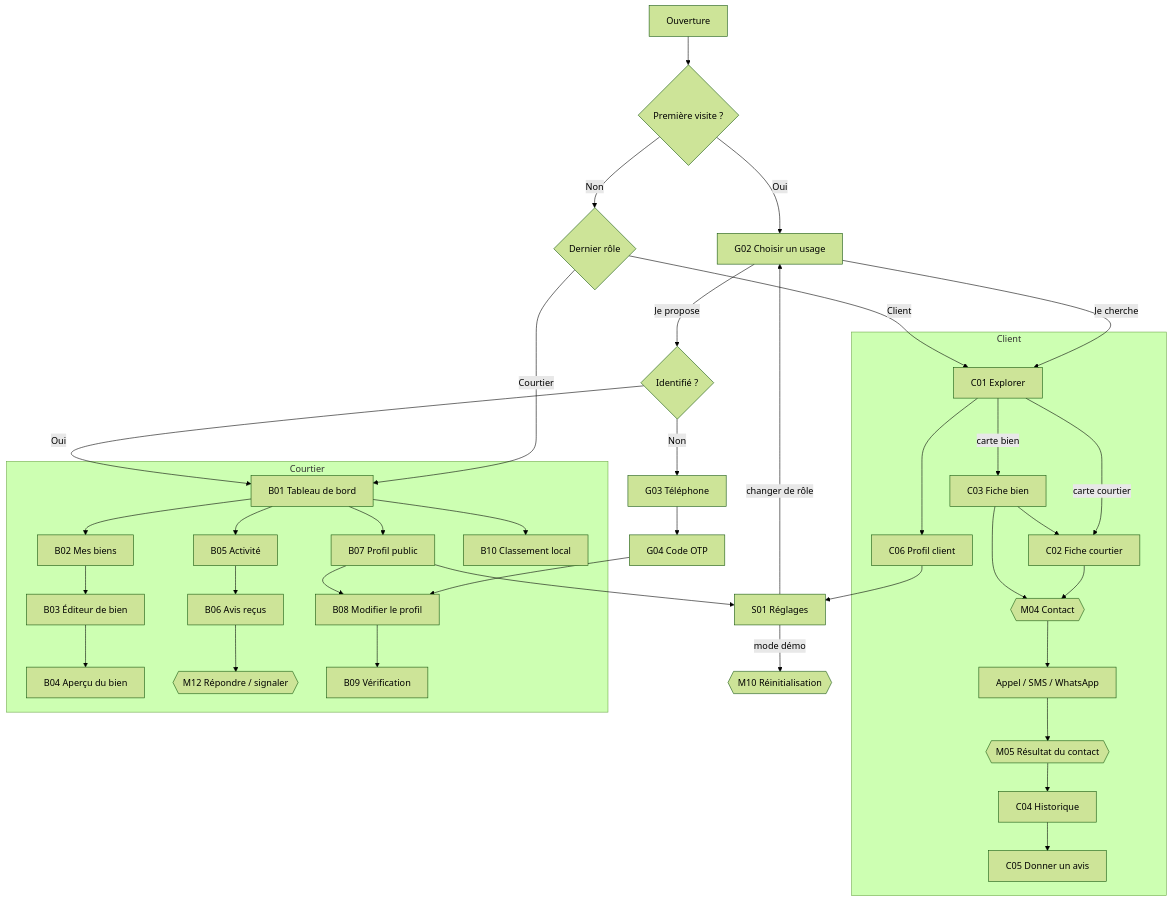
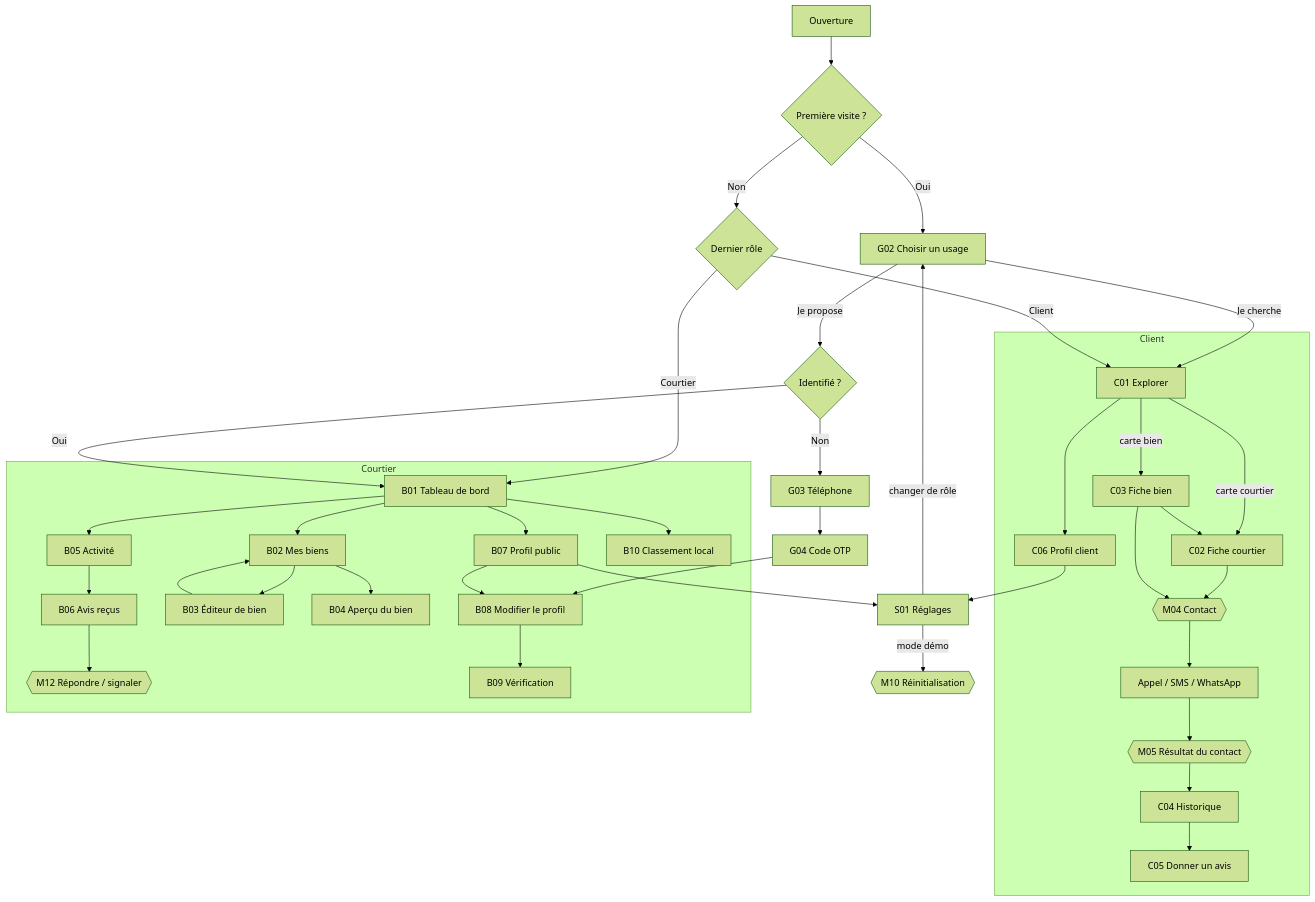
One commit to traorecheikh/woutalma-keur changed the first of 5 diagrams in docs/UX-FLOWS.md. Above: the diagram before and after it, drawn with Mermaid (forest theme). The commit also changed other lines of this file and 56 other files, not shown here.

````diff
--- a/docs/UX-FLOWS.md
+++ b/docs/UX-FLOWS.md
@@ -61,43 +61,44 @@
 ```mermaid
 flowchart TD
   A[Ouverture] --> B{Première visite ?}
   B -- Oui --> G02[G02 Choisir un usage]
   B -- Non --> R{Dernier rôle}
   G02 -- Je cherche --> C01[C01 Explorer]
   G02 -- Je propose --> AUTH{Identifié ?}
   R -- Client --> C01
   R -- Courtier --> B01[B01 Tableau de bord]
   AUTH -- Non --> G03[G03 Téléphone] --> G04[G04 Code OTP] --> B08[B08 Créer le profil]
   AUTH -- Oui --> B01
 
   subgraph Client
     C01 -->|carte courtier| C02[C02 Fiche courtier]
     C01 -->|carte bien| C03[C03 Fiche bien]
     C03 --> C02
     C02 --> CONTACT{{M04 Contact}}
     C03 --> CONTACT
     CONTACT --> EXT[Appel / SMS / WhatsApp]
     EXT --> M05{{M05 Résultat du contact}}
     M05 --> C04[C04 Historique]
     C04 --> C05[C05 Donner un avis]
     C01 --> C06[C06 Profil client]
   end
 
   subgraph Courtier
     B01 --> B02[B02 Mes biens]
     B02 --> B03[B03 Éditeur de bien]
-    B03 --> B04[B04 Aperçu du bien]
+    B03 --> B02
+    B02 --> B04[B04 Aperçu du bien]
     B01 --> B05[B05 Activité]
     B05 --> B06[B06 Avis reçus]
     B06 --> M12{{M12 Répondre / signaler}}
     B01 --> B07[B07 Profil public]
     B07 --> B08[B08 Modifier le profil]
     B08 --> B09[B09 Vérification]
     B01 --> B10[B10 Classement local]
   end
 
   C06 --> S01[S01 Réglages]
   B07 --> S01
   S01 -->|changer de rôle| G02
   S01 -->|mode démo| M10{{M10 Réinitialisation}}
 ```
````
